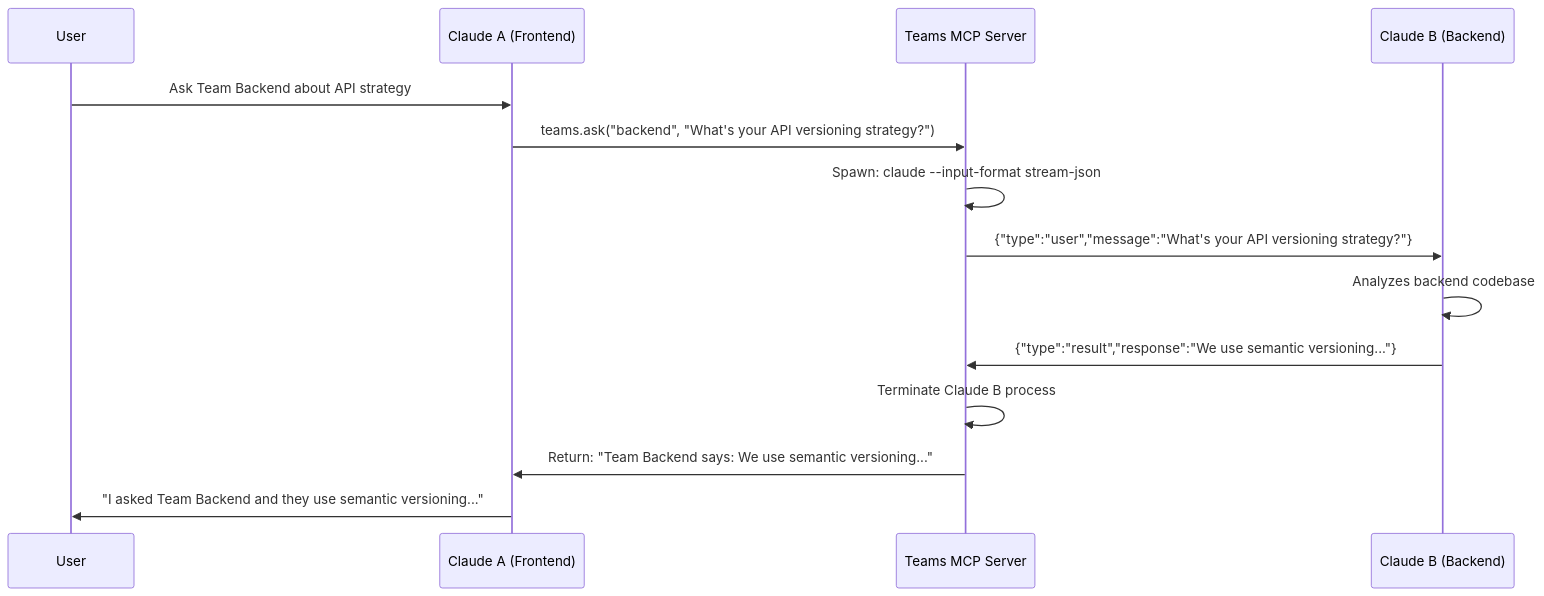
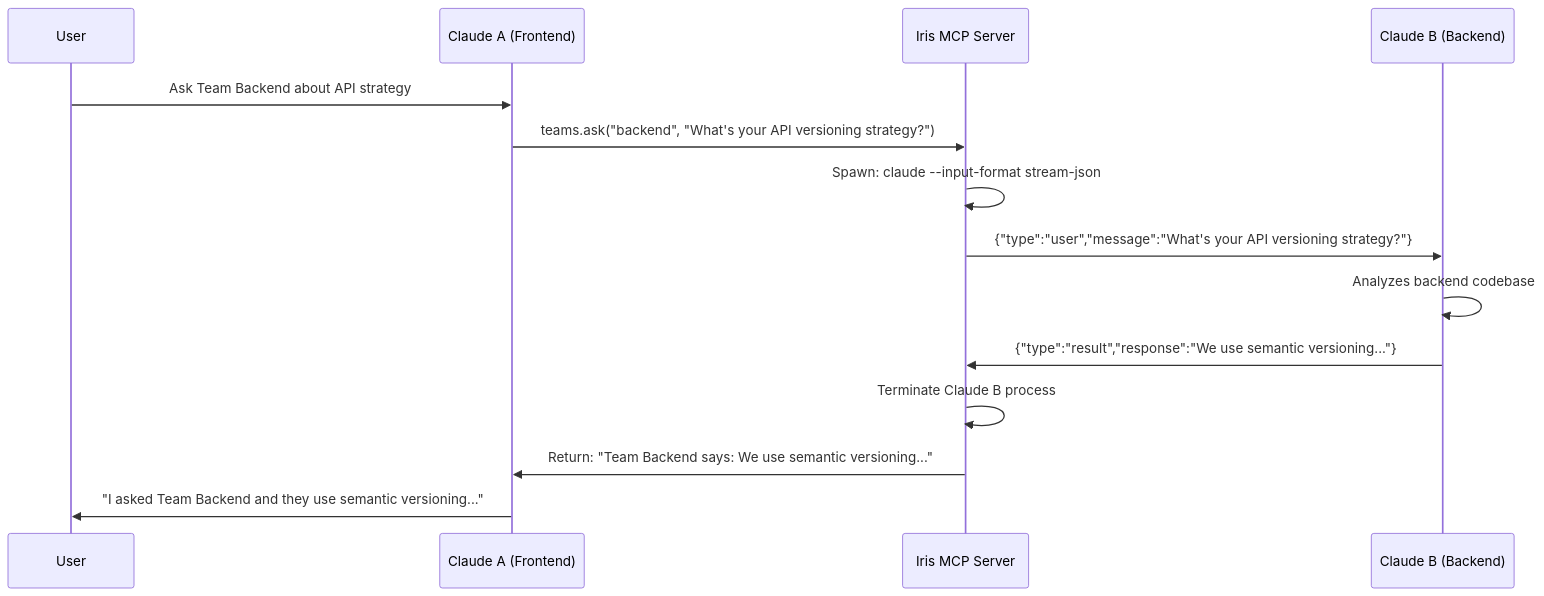
The diagram in docs/README.md (jenova-marie/iris-mcp), drawn with Mermaid before and after one commit. The commit also changed other lines of this file and 3 other files, not shown here.

````diff
--- a/docs/README.md
+++ b/docs/README.md
@@ -115,17 +115,17 @@
 ```mermaid
 sequenceDiagram
     participant User
     participant ClaudeA as Claude A (Frontend)
-    participant TeamsMCP as Teams MCP Server
+    participant IrisMCP as Iris MCP Server
     participant ClaudeB as Claude B (Backend)
 
     User->>ClaudeA: Ask Team Backend about API strategy
-    ClaudeA->>TeamsMCP: teams.ask("backend", "What's your API versioning strategy?")
-    TeamsMCP->>TeamsMCP: Spawn: claude --input-format stream-json
-    TeamsMCP->>ClaudeB: {"type":"user","message":"What's your API versioning strategy?"}
+    ClaudeA->>IrisMCP: teams.ask("backend", "What's your API versioning strategy?")
+    IrisMCP->>IrisMCP: Spawn: claude --input-format stream-json
+    IrisMCP->>ClaudeB: {"type":"user","message":"What's your API versioning strategy?"}
     ClaudeB->>ClaudeB: Analyzes backend codebase
-    ClaudeB->>TeamsMCP: {"type":"result","response":"We use semantic versioning..."}
-    TeamsMCP->>TeamsMCP: Terminate Claude B process
-    TeamsMCP->>ClaudeA: Return: "Team Backend says: We use semantic versioning..."
+    ClaudeB->>IrisMCP: {"type":"result","response":"We use semantic versioning..."}
+    IrisMCP->>IrisMCP: Terminate Claude B process
+    IrisMCP->>ClaudeA: Return: "Team Backend says: We use semantic versioning..."
     ClaudeA->>User: "I asked Team Backend and they use semantic versioning..."
 ```
````
